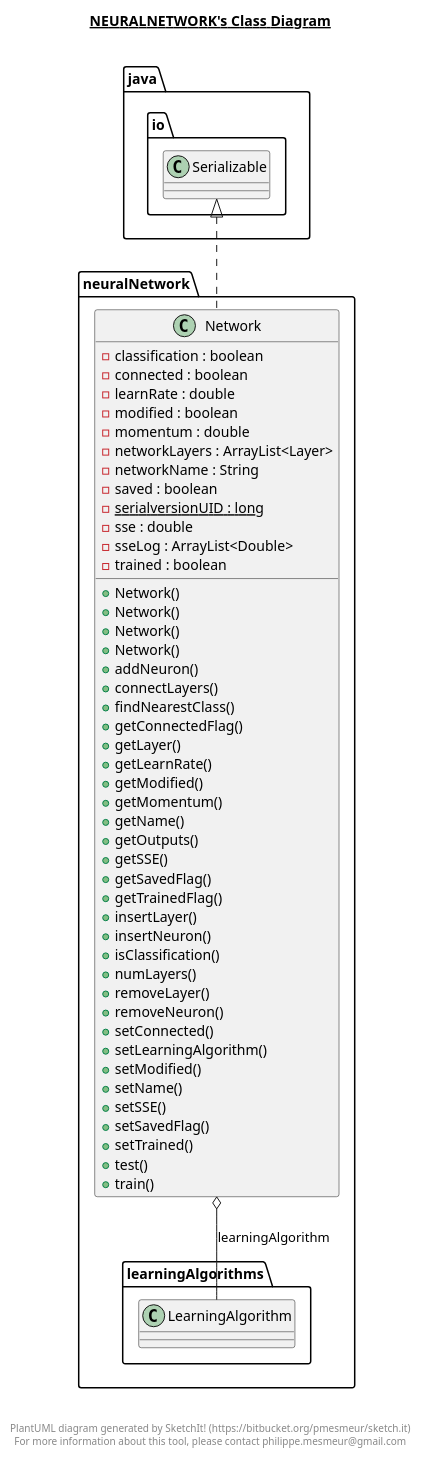
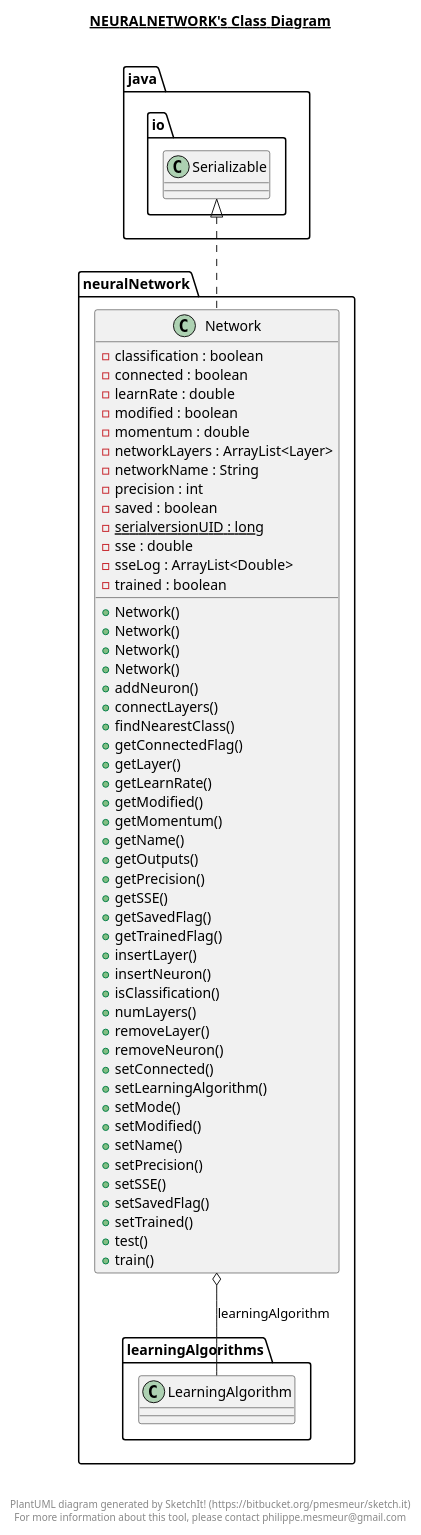
The diagram in src/neuralNetwork/neuralNetwork.plantuml (Sam-Malpass/Build-A-Net), drawn with PlantUML before and after one commit. The commit also changed 6 other files, not shown here.

Commit message:
Handle UML Diagrams

```diff
--- a/src/neuralNetwork/neuralNetwork.plantuml
+++ b/src/neuralNetwork/neuralNetwork.plantuml
@@ -1,66 +1,70 @@
 @startuml
 
 title __NEURALNETWORK's Class Diagram__\n
 
   namespace neuralNetwork {
     class neuralNetwork.Network {
         - classification : boolean
         - connected : boolean
         - learnRate : double
         - modified : boolean
         - momentum : double
         - networkLayers : ArrayList<Layer>
         - networkName : String
+        - precision : int
         - saved : boolean
         {static} - serialversionUID : long
         - sse : double
         - sseLog : ArrayList<Double>
         - trained : boolean
         + Network()
         + Network()
         + Network()
         + Network()
         + addNeuron()
         + connectLayers()
         + findNearestClass()
         + getConnectedFlag()
         + getLayer()
         + getLearnRate()
         + getModified()
         + getMomentum()
         + getName()
         + getOutputs()
+        + getPrecision()
         + getSSE()
         + getSavedFlag()
         + getTrainedFlag()
         + insertLayer()
         + insertNeuron()
         + isClassification()
         + numLayers()
         + removeLayer()
         + removeNeuron()
         + setConnected()
         + setLearningAlgorithm()
+        + setMode()
         + setModified()
         + setName()
+        + setPrecision()
         + setSSE()
         + setSavedFlag()
         + setTrained()
         + test()
         + train()
     }
   }
   
 
   neuralNetwork.Network .up.|> java.io.Serializable
   neuralNetwork.Network o-- neuralNetwork.learningAlgorithms.LearningAlgorithm : learningAlgorithm
 
 
 right footer
 
 
 PlantUML diagram generated by SketchIt! (https://bitbucket.org/pmesmeur/sketch.it)
 For more information about this tool, please contact philippe.mesmeur@gmail.com
 endfooter
 
 @enduml
```
